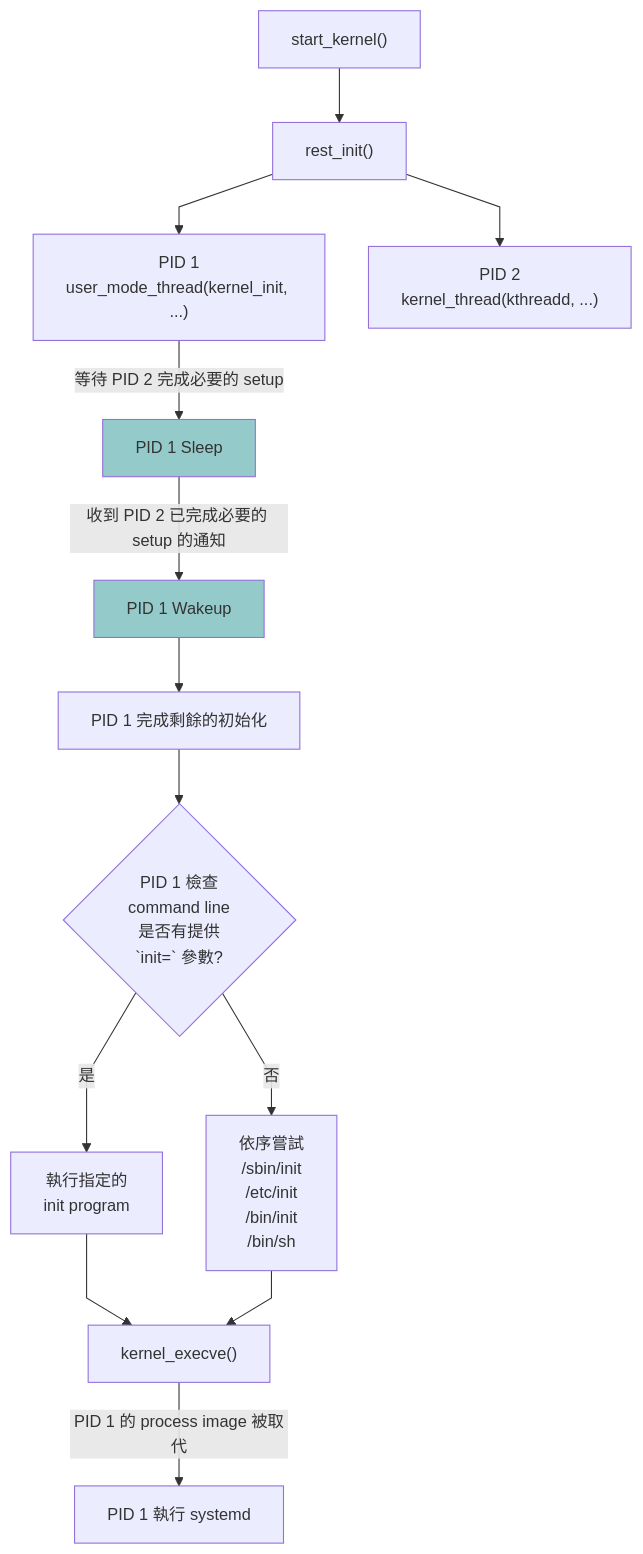
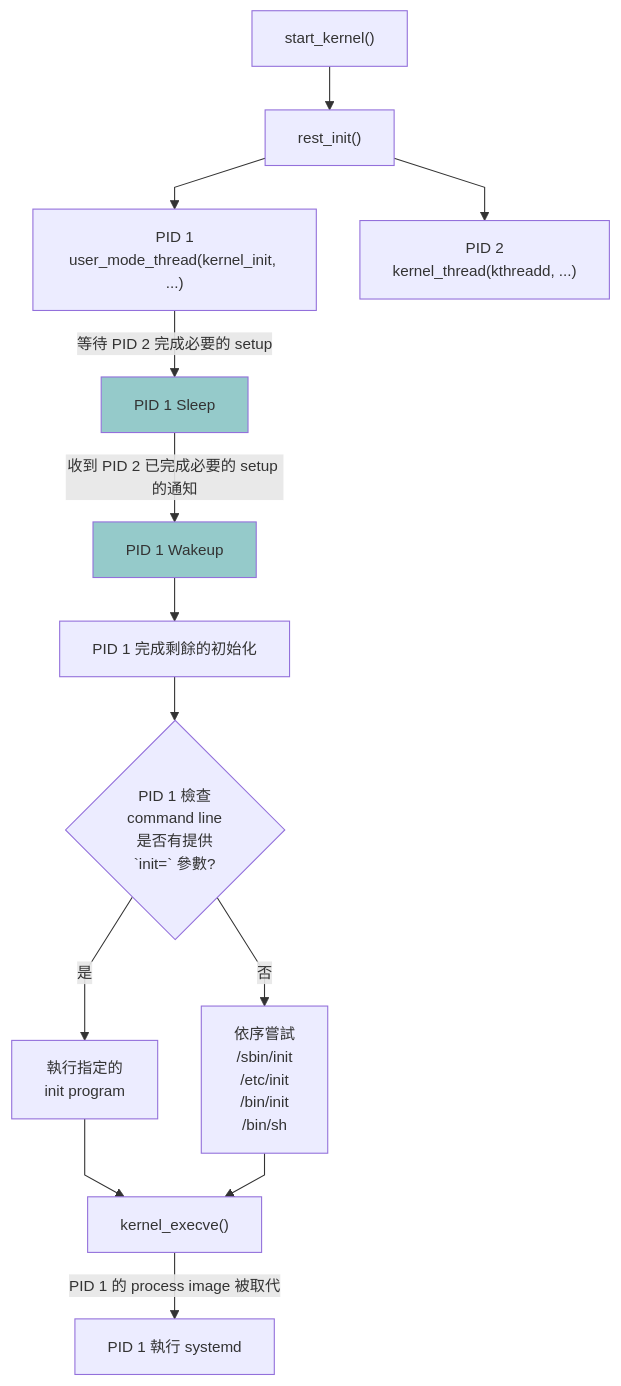
The diagram in doc/Kernel-Initialization-Handoff-to-Init-Task.md (Jingyu1998/x86-64-linux-Start-Init-Process), drawn with Mermaid before and after one commit.

Commit message:
Update mermaid attributes in Kernel-Initialization-Handoff-to-Init-Task.md

````diff
--- a/doc/Kernel-Initialization-Handoff-to-Init-Task.md
+++ b/doc/Kernel-Initialization-Handoff-to-Init-Task.md
@@ -9,44 +9,44 @@
 ```mermaid
 %%{init: {
   'flowchart': { 
     'nodeSpacing': 40, 
-    'rankSpacing': 50,
+    'rankSpacing': 40,
     'curve': 'linear'
   },
   'themeVariables': {
-    'fontSize': '15px',
+    'fontSize': '14px',
     'fontFamily': 'monospace'
   }
 }}%%
 flowchart TD
     %% Define Styles
     classDef StateNode fill:#95CACA
     
     %% Nodes
     A["start_kernel()"]
     B["rest_init()"]
     C["PID 1<br/>user_mode_thread(kernel_init, ...)"]
     E["PID 1 Sleep"]:::StateNode
     F["PID 2<br/>kernel_thread(kthreadd, ...)"]
     I["PID 1 Wakeup"]:::StateNode   
     J["PID 1 完成剩餘的初始化"]
     P{"PID 1 檢查<br>command line<br>是否有提供<br>`init=` 參數?"}
     Q["執行指定的<br/>init program"]
     R["依序嘗試<br/>/sbin/init<br/>/etc/init<br/>/bin/init<br/>/bin/sh"]
     S["kernel_execve()"]
     V["PID 1 執行 systemd"]
     
     %% Connection
     A --> B
     B --> C
     B --> F 
     C -- "等待 PID 2 完成必要的 setup" --> E
     E -- "收到 PID 2 已完成必要的 setup 的通知" --> I 
     I --> J
     J --> P
     P -- "是" --> Q
     P -- "否" --> R
     Q --> S
     R --> S
     S -- "PID 1 的 process image 被取代" --> V
 ```
````
